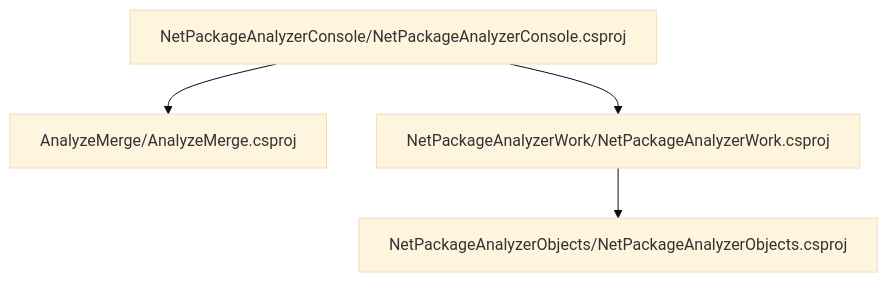
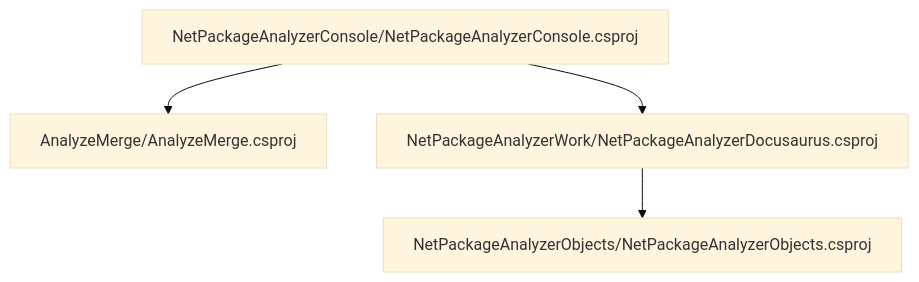
Before and after one commit to ignatandrei/PackageAnalyzer: the third of 3 diagrams in src/documentation/docs/Analysis/NetPackageAnalyzer/Projects/NetPackageAnalyzerConsole/ProjectReferences.md, drawn with Mermaid (base theme). The commit also changed other lines of this file and 172 other files, not shown here.

````diff
--- a/src/documentation/docs/Analysis/NetPackageAnalyzer/Projects/NetPackageAnalyzerConsole/ProjectReferences.md
+++ b/src/documentation/docs/Analysis/NetPackageAnalyzer/Projects/NetPackageAnalyzerConsole/ProjectReferences.md
@@ -58,35 +58,35 @@
 ```mermaid
 graph TB
 
 NetPackageAnalyzerConsole[NetPackageAnalyzerConsole/NetPackageAnalyzerConsole.csproj]
 click NetPackageAnalyzerConsole "pathname:///docs/Analysis/NetPackageAnalyzer/Projects/NetPackageAnalyzerConsole/ProjectReferences" "NetPackageAnalyzerConsole/NetPackageAnalyzerConsole.csproj"
 
 
 AnalyzeMerge[AnalyzeMerge/AnalyzeMerge.csproj]
 
 %% find a way to interpret first the path
 %% click AnalyzeMerge "pathname:///docs/Analysis/NetPackageAnalyzer/Projects/AnalyzeMerge/ProjectReferences" "AnalyzeMerge/AnalyzeMerge.csproj"
 
 
 NetPackageAnalyzerConsole-->AnalyzeMerge
 
 
-NetPackageAnalyzerWork[NetPackageAnalyzerWork/NetPackageAnalyzerWork.csproj]
+NetPackageAnalyzerDocusaurus[NetPackageAnalyzerWork/NetPackageAnalyzerDocusaurus.csproj]
 
 %% find a way to interpret first the path
-%% click NetPackageAnalyzerWork "pathname:///docs/Analysis/NetPackageAnalyzer/Projects/NetPackageAnalyzerWork/ProjectReferences" "NetPackageAnalyzerWork/NetPackageAnalyzerWork.csproj"
+%% click NetPackageAnalyzerDocusaurus "pathname:///docs/Analysis/NetPackageAnalyzer/Projects/NetPackageAnalyzerDocusaurus/ProjectReferences" "NetPackageAnalyzerWork/NetPackageAnalyzerDocusaurus.csproj"
 
 
-NetPackageAnalyzerConsole-->NetPackageAnalyzerWork
+NetPackageAnalyzerConsole-->NetPackageAnalyzerDocusaurus
 
 
 NetPackageAnalyzerObjects[NetPackageAnalyzerObjects/NetPackageAnalyzerObjects.csproj]
 
 %% find a way to interpret first the path
 %% click NetPackageAnalyzerObjects "pathname:///docs/Analysis/NetPackageAnalyzer/Projects/NetPackageAnalyzerObjects/ProjectReferences" "NetPackageAnalyzerObjects/NetPackageAnalyzerObjects.csproj"
 
 
-NetPackageAnalyzerWork-->NetPackageAnalyzerObjects
+NetPackageAnalyzerDocusaurus-->NetPackageAnalyzerObjects
 
 
 ```
````
